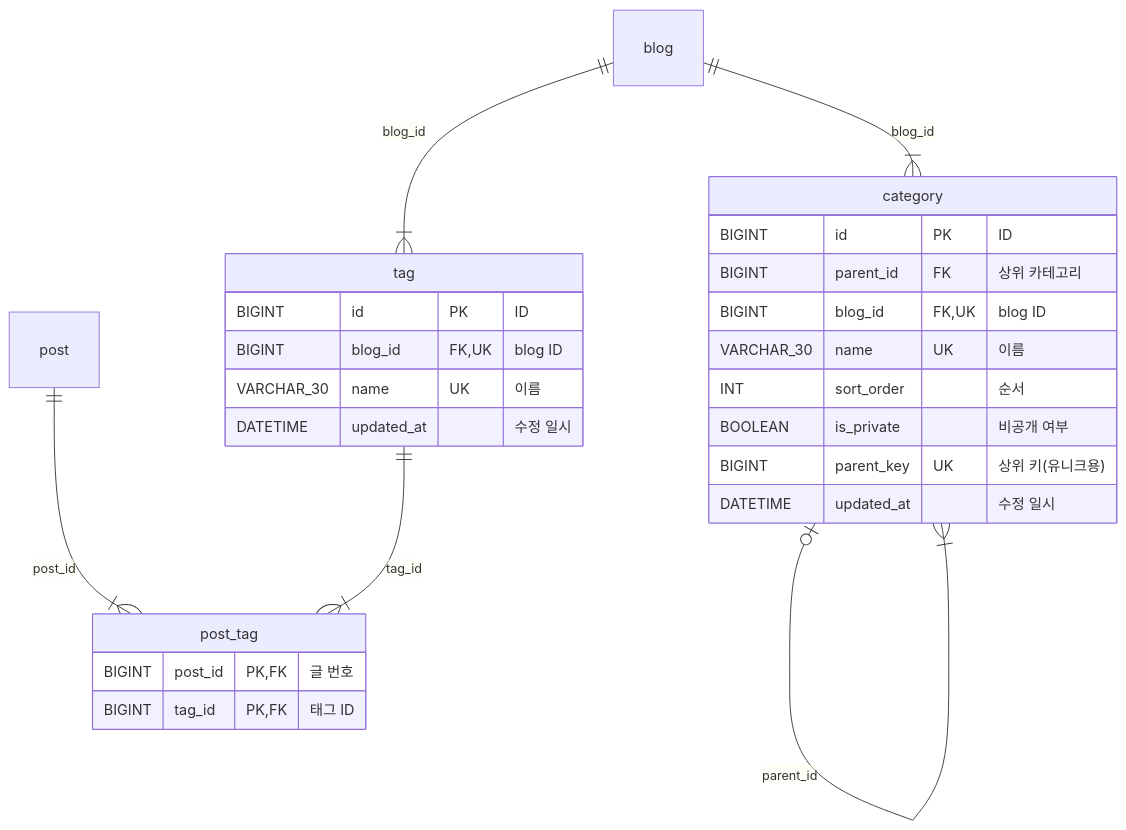
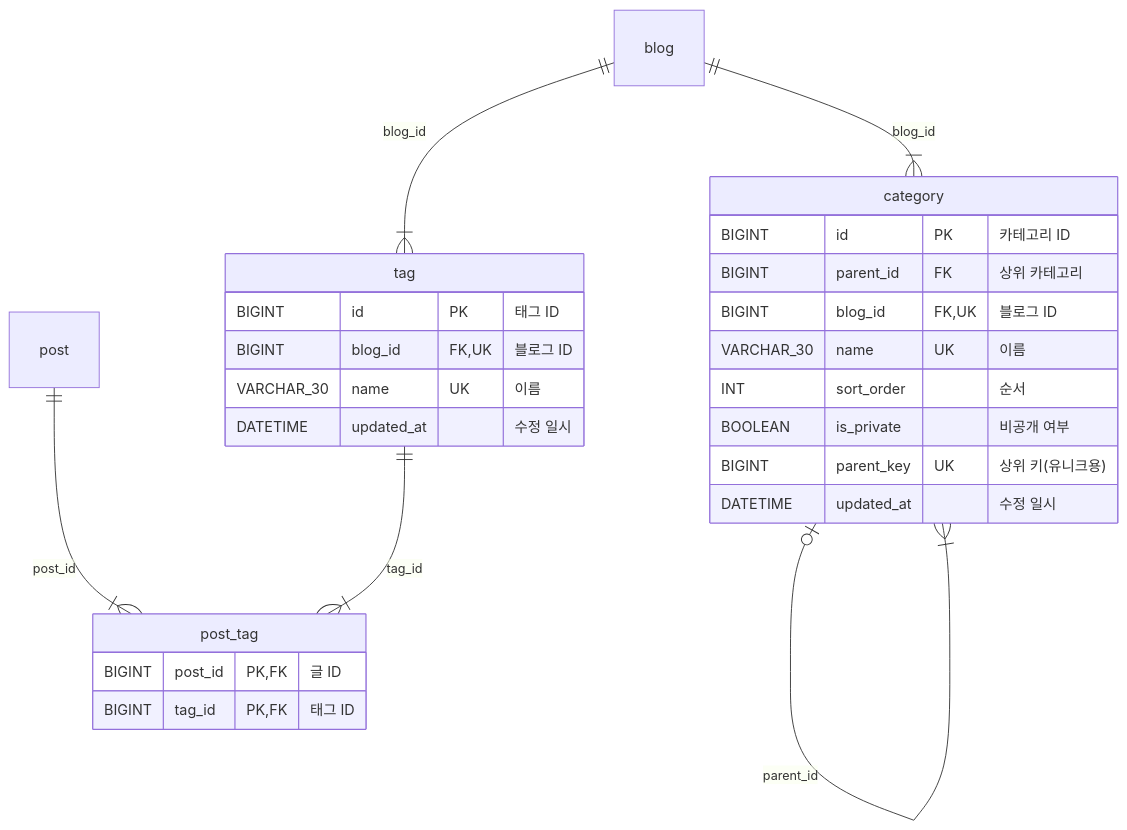
Before and after one commit to blog-hjiwon203/blog-docs: the fifth of 7 diagrams in specs/001-tistory-blog/erd/README.md, drawn with Mermaid. The commit also changed other lines of this file and 2 other files, not shown here.

First line of the commit message:
ERD id 논리명을 '<테이블명> ID'로 맞춤

````diff
--- a/specs/001-tistory-blog/erd/README.md
+++ b/specs/001-tistory-blog/erd/README.md
@@ -478,28 +478,28 @@
 ```mermaid
 erDiagram
     category {
-        BIGINT id PK "ID"
+        BIGINT id PK "카테고리 ID"
         BIGINT parent_id FK "상위 카테고리"
-        BIGINT blog_id FK,UK "blog ID"
+        BIGINT blog_id FK,UK "블로그 ID"
         VARCHAR_30 name UK "이름"
         INT sort_order "순서"
         BOOLEAN is_private "비공개 여부"
         BIGINT parent_key UK "상위 키(유니크용)"
         DATETIME updated_at "수정 일시"
     }
     tag {
-        BIGINT id PK "ID"
-        BIGINT blog_id FK,UK "blog ID"
+        BIGINT id PK "태그 ID"
+        BIGINT blog_id FK,UK "블로그 ID"
         VARCHAR_30 name UK "이름"
         DATETIME updated_at "수정 일시"
     }
     post_tag {
-        BIGINT post_id PK,FK "글 번호"
+        BIGINT post_id PK,FK "글 ID"
         BIGINT tag_id PK,FK "태그 ID"
     }
     blog ||--|{ category : "blog_id"
     category |o--|{ category : "parent_id"
     blog ||--|{ tag : "blog_id"
     post ||--|{ post_tag : "post_id"
     tag ||--|{ post_tag : "tag_id"
 ```
````
